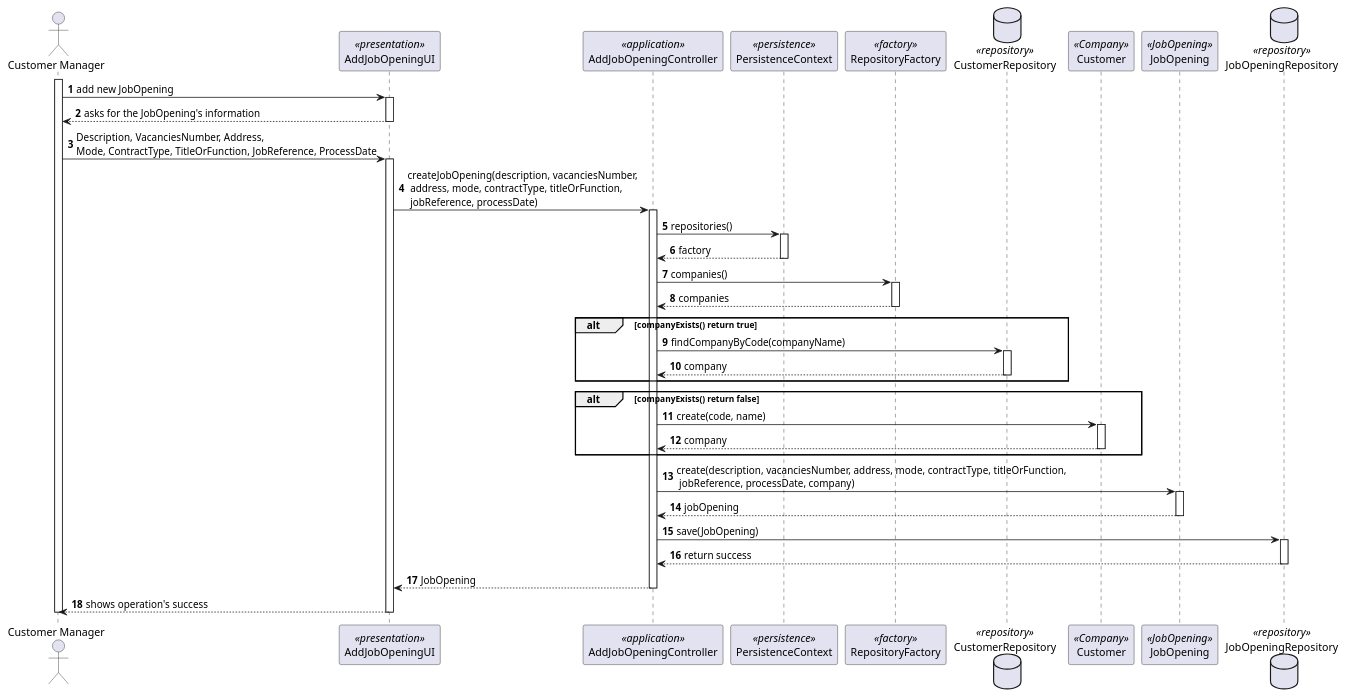
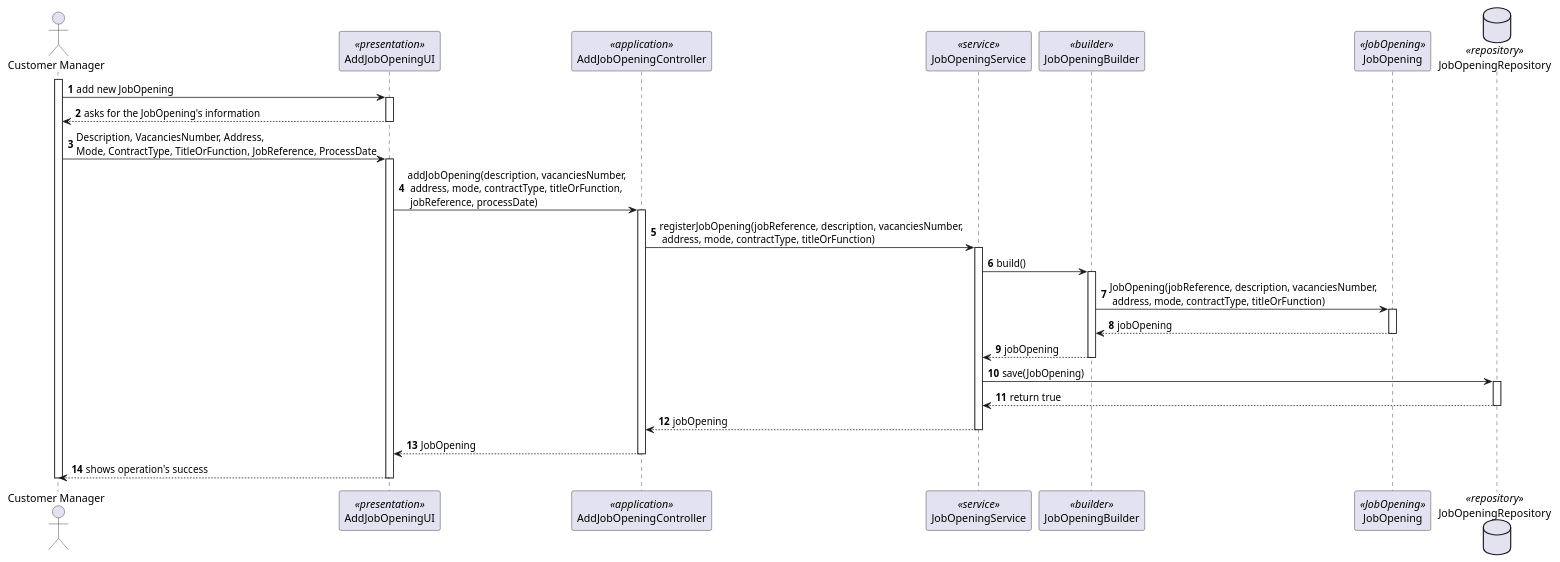
Before and after one commit to MiguelCardoso77/LAPR4: the diagram in docs/SprintB/1002/1002-sequence-diagram-overview.puml, drawn with PlantUML. The commit also changed 1 other file, not shown here.

Commit message:
sequence diagram overview update

```diff
--- a/docs/SprintB/1002/1002-sequence-diagram-overview.puml
+++ b/docs/SprintB/1002/1002-sequence-diagram-overview.puml
@@ -1,94 +1,76 @@
 @startuml
 autonumber
 
 
 actor "Customer Manager" as CM
 participant AddJobOpeningUI <<presentation>>
 participant AddJobOpeningController <<application>>
-participant PersistenceContext <<persistence>>
-participant RepositoryFactory <<factory>>
-database CustomerRepository <<repository>>
-participant Customer <<Company>>
+participant JobOpeningService <<service>>
+participant JobOpeningBuilder <<builder>>
 participant JobOpening <<JobOpening>>
 database JobOpeningRepository <<repository>>
 
 activate CM
 
 
     CM -> AddJobOpeningUI: add new JobOpening
 
         activate AddJobOpeningUI
 
     AddJobOpeningUI --> CM: asks for the JobOpening's information
 
         deactivate AddJobOpeningUI
 
     CM -> AddJobOpeningUI : Description, VacanciesNumber, Address, \nMode, ContractType, TitleOrFunction, JobReference, ProcessDate
 
         activate AddJobOpeningUI
 
-    AddJobOpeningUI -> AddJobOpeningController: createJobOpening(description, vacanciesNumber, \n address, mode, contractType, titleOrFunction, \n jobReference, processDate)
+    AddJobOpeningUI -> AddJobOpeningController: addJobOpening(description, vacanciesNumber, \n address, mode, contractType, titleOrFunction, \n jobReference, processDate)
 
         activate AddJobOpeningController
 
-    AddJobOpeningController -> PersistenceContext : repositories()
+    AddJobOpeningController  -> JobOpeningService: registerJobOpening(jobReference, description, vacanciesNumber, \n address, mode, contractType, titleOrFunction)
 
-        activate PersistenceContext
+        activate JobOpeningService
 
-    PersistenceContext --> AddJobOpeningController : factory
+    JobOpeningService -> JobOpeningBuilder: build()
 
-        deactivate PersistenceContext
+        activate JobOpeningBuilder
 
-    AddJobOpeningController -> RepositoryFactory : companies()
-
-        activate RepositoryFactory
-
-    RepositoryFactory --> AddJobOpeningController : companies
-
-        deactivate RepositoryFactory
-
-alt companyExists() return true
-
-    AddJobOpeningController -> CustomerRepository : findCompanyByCode(companyName)
-        activate CustomerRepository
-
-    CustomerRepository --> AddJobOpeningController : company
-        deactivate CustomerRepository
-end alt
-
-
-alt companyExists() return false
-    AddJobOpeningController -> Customer: create(code, name)
-        activate Customer
-
-    Customer --> AddJobOpeningController: company
-        deactivate Customer
-end alt
-
-    AddJobOpeningController -> JobOpening: create(description, vacanciesNumber, address, mode, contractType, titleOrFunction, \n jobReference, processDate, company)
+    JobOpeningBuilder -> JobOpening : JobOpening(jobReference, description, vacanciesNumber, \n address, mode, contractType, titleOrFunction)
 
         activate JobOpening
 
-    JobOpening --> AddJobOpeningController: jobOpening
+    JobOpening --> JobOpeningBuilder: jobOpening
 
         deactivate JobOpening
 
-    AddJobOpeningController -> JobOpeningRepository : save(JobOpening)
+    JobOpeningBuilder --> JobOpeningService: jobOpening
+
+        deactivate JobOpeningBuilder
+
+    JobOpeningService -> JobOpeningRepository: save(JobOpening)
 
         activate JobOpeningRepository
 
-    JobOpeningRepository --> AddJobOpeningController: return success
+    JobOpeningRepository --> JobOpeningService: return true
 
         deactivate JobOpeningRepository
+
+    JobOpeningService --> AddJobOpeningController: jobOpening
+
+        deactivate JobOpeningService
 
     AddJobOpeningController --> AddJobOpeningUI : JobOpening
 
         deactivate AddJobOpeningController
 
     AddJobOpeningUI --> CM : shows operation's success
 
         deactivate AddJobOpeningUI
 
         deactivate CM
 
+
+
 @enduml
```
